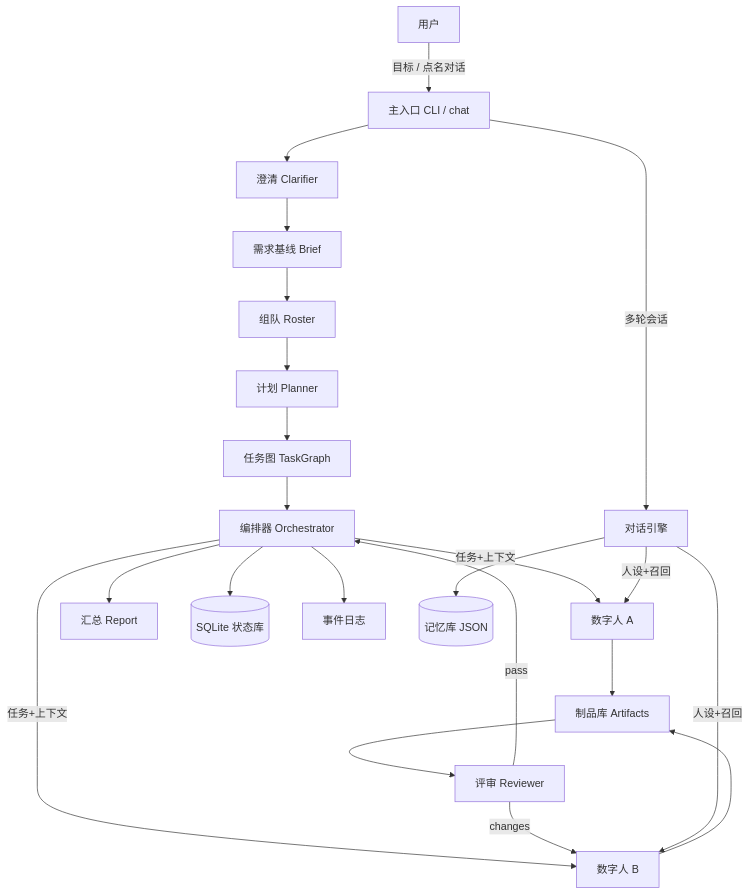
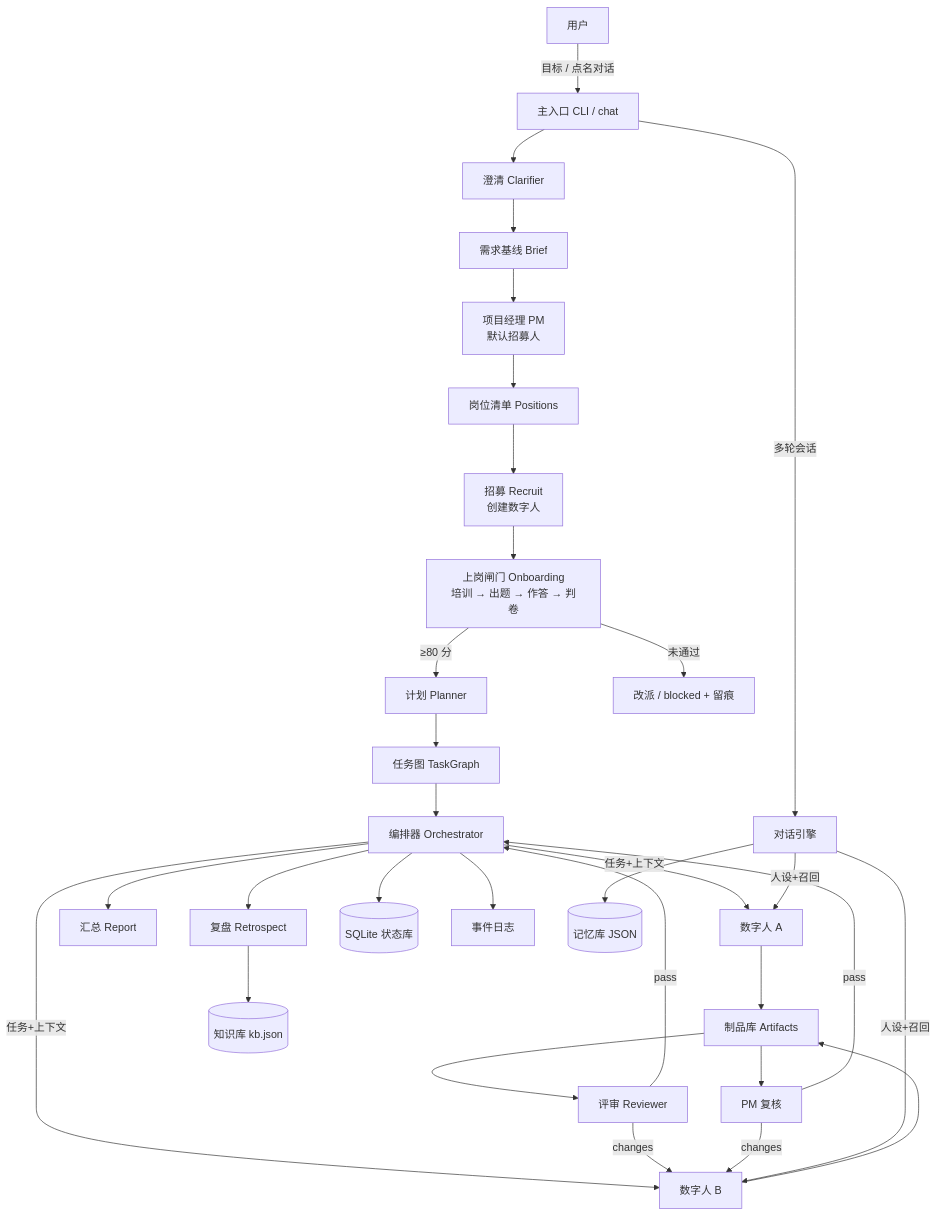
The first of 2 diagrams in docs/tech-design.md (leisurely94/AIteam), drawn with Mermaid before and after one commit. The commit also changed other lines of this file and 14 other files, not shown here.

````diff
--- a/docs/tech-design.md
+++ b/docs/tech-design.md
@@ -14,24 +15,33 @@
 ```mermaid
 flowchart TD
     U[用户] -->|目标 / 点名对话| E[主入口 CLI / chat]
     E --> C[澄清 Clarifier]
     C --> B[需求基线 Brief]
-    B --> R[组队 Roster]
-    R --> P[计划 Planner]
+    B --> PM[项目经理 PM<br/>默认招募人]
+    PM --> PO[岗位清单 Positions]
+    PO --> R[招募 Recruit<br/>创建数字人]
+    R --> OB[上岗闸门 Onboarding<br/>培训 → 出题 → 作答 → 判卷]
+    OB -->|≥80 分| P[计划 Planner]
+    OB -->|未通过| RJ[改派 / blocked + 留痕]
     P --> G[任务图 TaskGraph]
     G --> O[编排器 Orchestrator]
     O -->|任务+上下文| H1[数字人 A]
     O -->|任务+上下文| H2[数字人 B]
     H1 --> AR[制品库 Artifacts]
     H2 --> AR
     AR --> RV[评审 Reviewer]
+    AR --> PMR[PM 复核]
     RV -->|changes| H2
+    PMR -->|changes| H2
     RV -->|pass| O
+    PMR -->|pass| O
     O --> F[汇总 Report]
+    O --> RT[复盘 Retrospect]
+    RT --> KB[(知识库 kb.json)]
     O --> S[(SQLite 状态库)]
     O --> L[事件日志]
     E -->|多轮会话| CV[对话引擎]
     CV -->|人设+召回| H1
     CV -->|人设+召回| H2
     CV --> M[(记忆库 JSON)]
 ```
````
